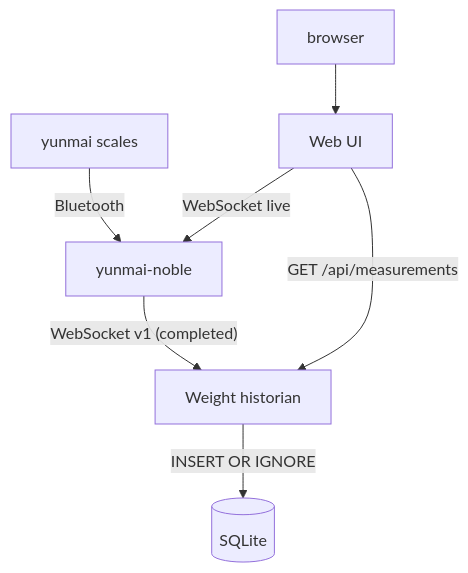
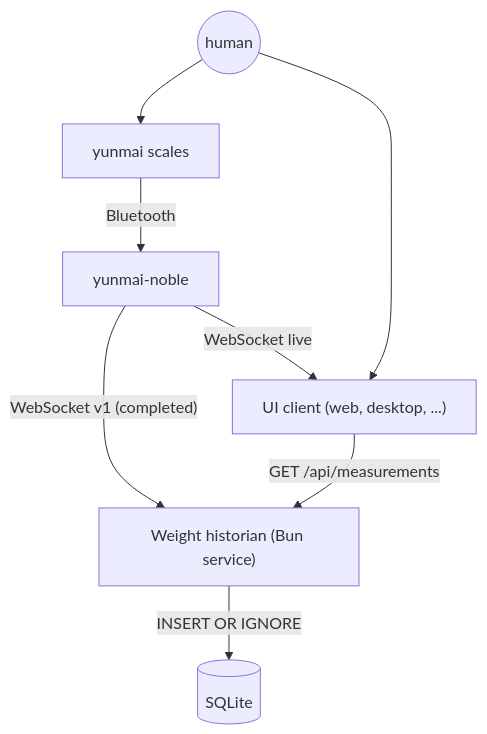
Before and after one commit to Vanuan/yunmai-noble: the first of 2 diagrams in project/HISTORIAN.md, drawn with Mermaid. The commit also changed other lines of this file and 29 other files, not shown here.

````diff
--- a/project/HISTORIAN.md
+++ b/project/HISTORIAN.md
@@ -49,9 +51,11 @@
 ```mermaid
 flowchart TD
-    scale["yunmai scales"] -->|"Bluetooth"| node["yunmai-noble"]
-    node -->|"WebSocket v1 (completed)"| historian["Weight historian"]
+    human(("human")) --> scales["yunmai scales"]
+    human --> client["UI client (web, desktop, ...)"]
+
+    scales -->|"Bluetooth"| node["yunmai-noble"]
+    node -->|"WebSocket v1 (completed)"| historian["Weight historian (Bun service)"]
+    node -->|"WebSocket live"| client
+    client -->|"GET /api/measurements"| historian
     historian -->|"INSERT OR IGNORE"| db[("SQLite")]
-    ui["Web UI"] -->|"GET /api/measurements"| historian
-    ui -->|"WebSocket live"| node
-    browser["browser"] --> ui
 ```
````
